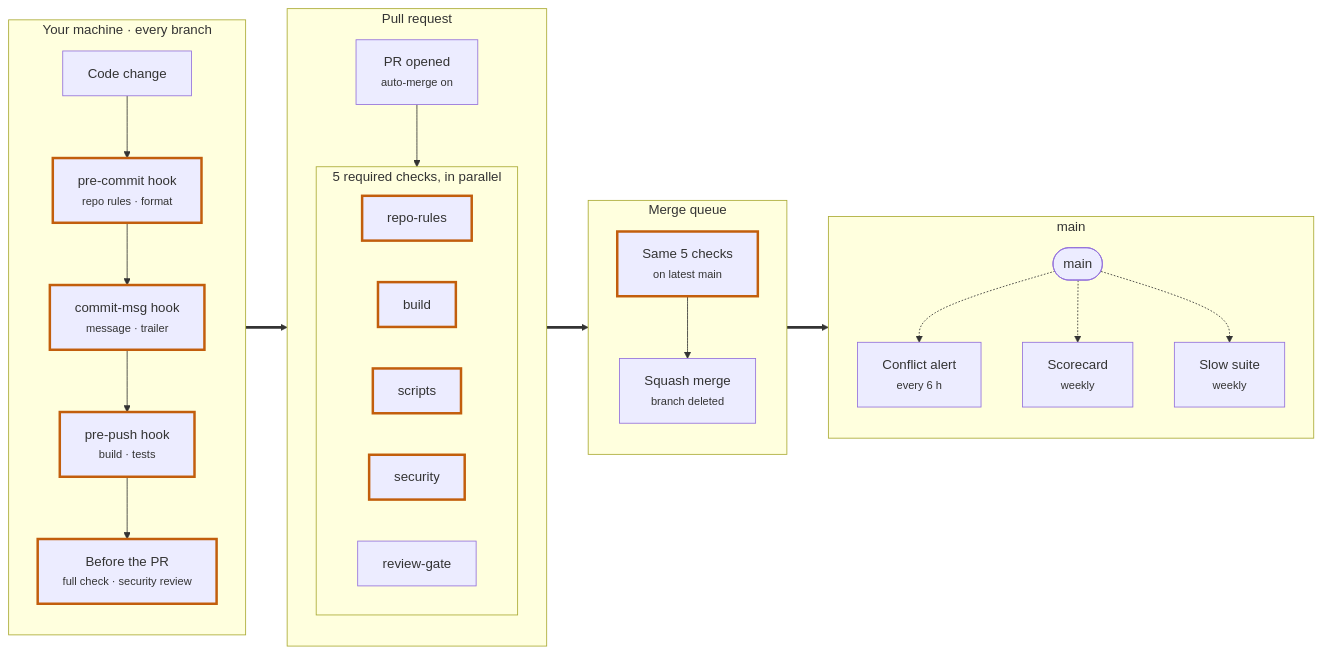
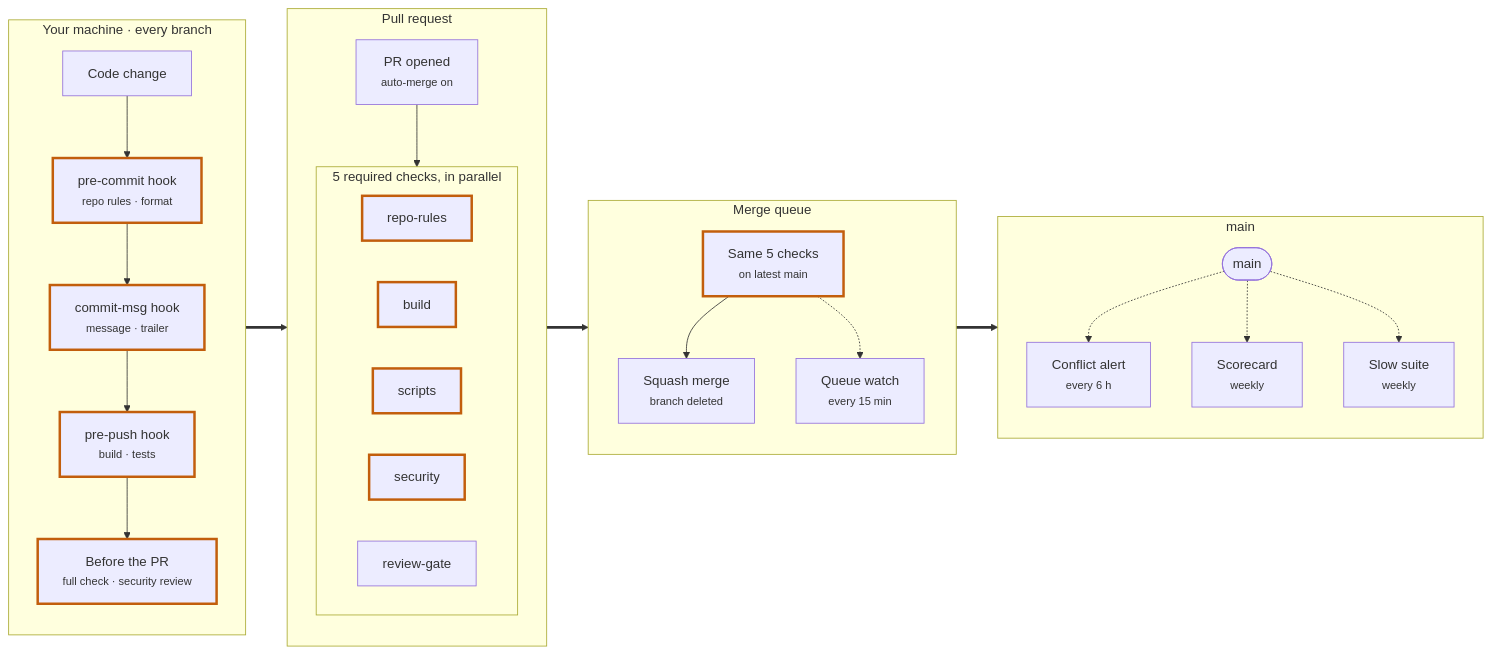
One commit to Sour-Dev-Home/metaphor-accessibility changed the diagram in docs/contributors/explanation/how-a-change-reaches-main.md. Above: the diagram before and after it, drawn with Mermaid. The commit also changed other lines of this file and 4 other files, not shown here.

````diff
--- a/docs/contributors/explanation/how-a-change-reaches-main.md
+++ b/docs/contributors/explanation/how-a-change-reaches-main.md
@@ -6,43 +6,44 @@
 ```mermaid
 flowchart LR
     subgraph local["Your machine · every branch"]
         direction TB
         change["Code change"] --> precommit["pre-commit hook<br/><small>repo rules · format</small>"]
         precommit --> commitmsg["commit-msg hook<br/><small>message · trailer</small>"]
         commitmsg --> prepush["pre-push hook<br/><small>build · tests</small>"]
         prepush --> beforepr["Before the PR<br/><small>full check · security review</small>"]
     end
 
     subgraph pr["Pull request"]
         direction TB
         opened["PR opened<br/><small>auto-merge on</small>"] --> checks
         subgraph checks["5 required checks, in parallel"]
             direction LR
             rules["repo-rules"]
             build["build"]
             scripts["scripts"]
             security["security"]
             gate["review-gate"]
         end
     end
 
     subgraph queue["Merge queue"]
         direction TB
         again["Same 5 checks<br/><small>on latest main</small>"] --> squash["Squash merge<br/><small>branch deleted</small>"]
+        again -.-> watch["Queue watch<br/><small>every 15 min</small>"]
     end
 
     subgraph mainzone["main"]
         direction TB
         main(["main"])
         main -.-> conflict["Conflict alert<br/><small>every 6 h</small>"]
         main -.-> scorecard["Scorecard<br/><small>weekly</small>"]
         main -.-> slow["Slow suite<br/><small>weekly</small>"]
     end
 
     beforepr ==> opened
     checks ==> again
     squash ==> main
 
     classDef gate stroke:#c25e0c,stroke-width:3px
     class precommit,commitmsg,prepush,beforepr,rules,build,scripts,security,again gate
 ```
````
